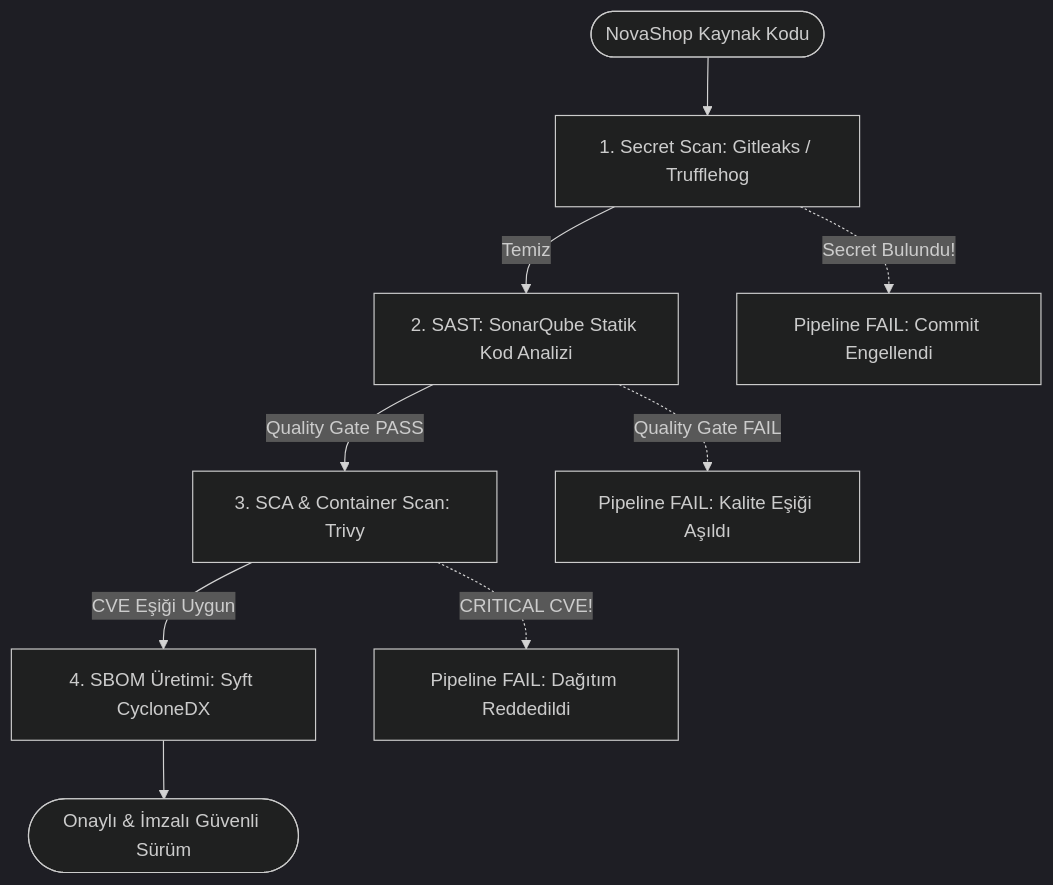
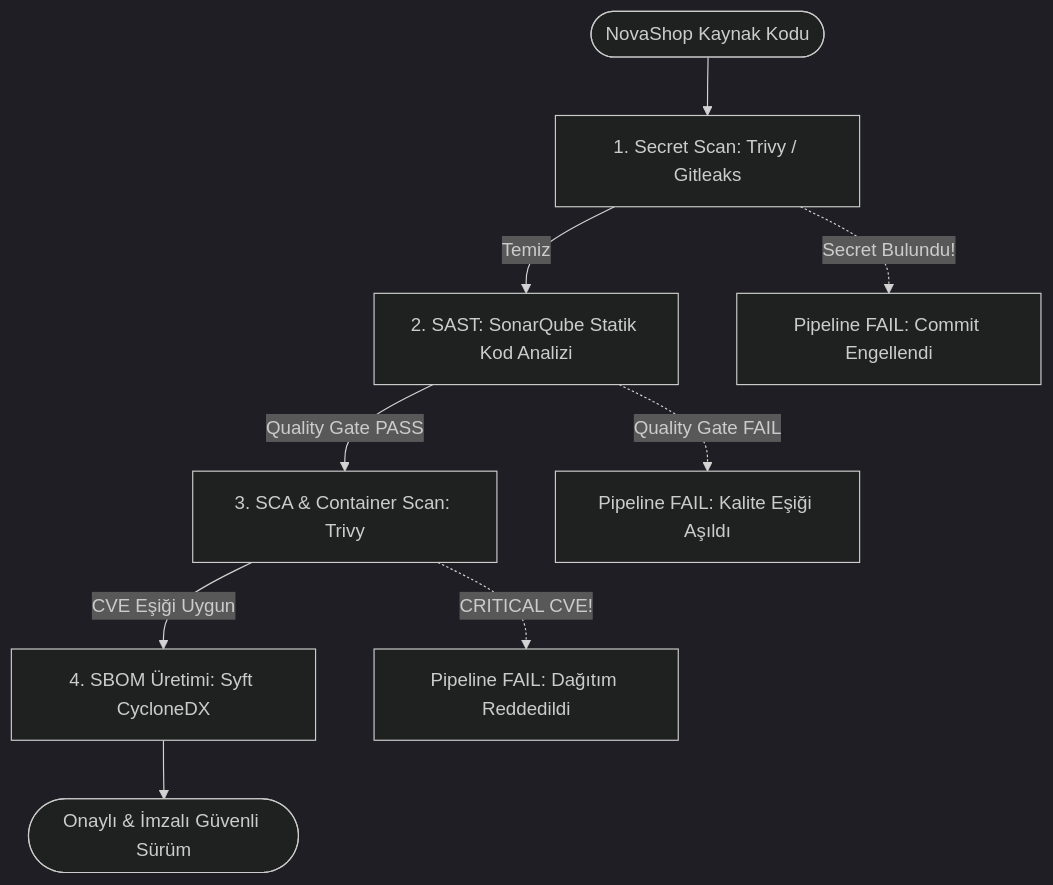
One commit to devopsatolyesi-labs/novashop changed the diagram in labs/LAB-08/README.md. Above: the diagram before and after it, drawn with Mermaid (dark theme). The commit also changed other lines of this file and 13 other files, not shown here.

````diff
--- a/labs/LAB-08/README.md
+++ b/labs/LAB-08/README.md
@@ -36,14 +52,14 @@
 ```mermaid
 graph TD
-    Code([NovaShop Kaynak Kodu]) --> Step1[1. Secret Scan: Gitleaks / Trufflehog]
+    Code([NovaShop Kaynak Kodu]) --> Step1[1. Secret Scan: Trivy / Gitleaks]
     Step1 -->|Temiz| Step2[2. SAST: SonarQube Statik Kod Analizi]
     Step1 -.->|Secret Bulundu!| Fail1[Pipeline FAIL: Commit Engellendi]
     
     Step2 -->|Quality Gate PASS| Step3[3. SCA & Container Scan: Trivy]
     Step2 -.->|Quality Gate FAIL| Fail2[Pipeline FAIL: Kalite Eşiği Aşıldı]
 
     Step3 -->|CVE Eşiği Uygun| Step4[4. SBOM Üretimi: Syft CycloneDX]
     Step3 -.->|CRITICAL CVE!| Fail3[Pipeline FAIL: Dağıtım Reddedildi]
 
     Step4 --> Release([Onaylı & İmzalı Güvenli Sürüm])
 ```
````
